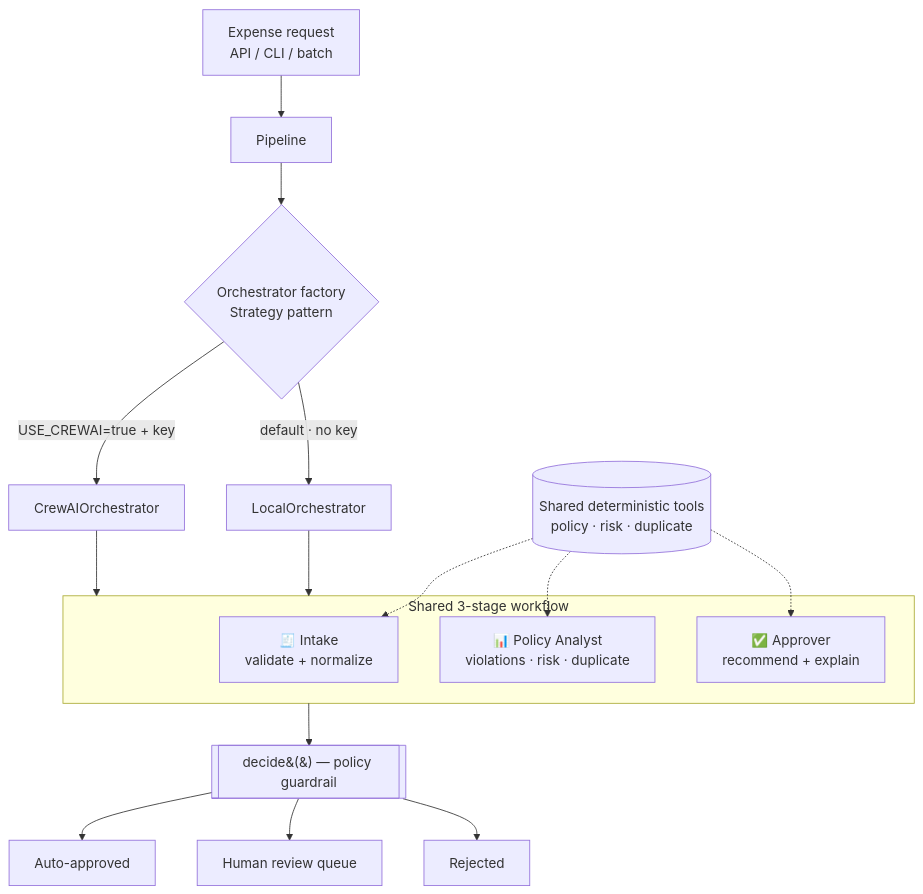
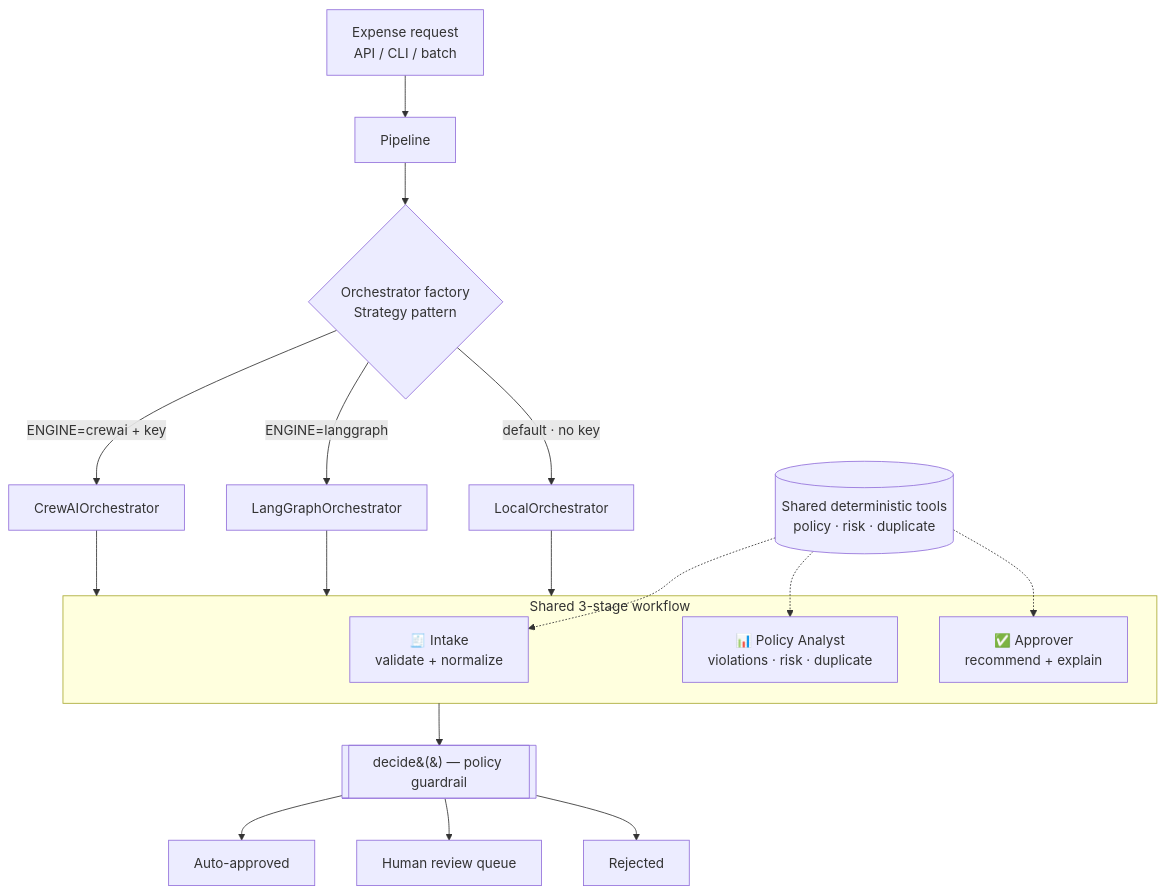
The diagram in README.md (furqunali/agentic-finance-crew), drawn with Mermaid before and after one commit. The commit also changed other lines of this file and 7 other files, not shown here.

First line of the commit message:
feat: add LangGraph engine as a third interchangeable orchestrator

````diff
--- a/README.md
+++ b/README.md
@@ -34,22 +35,24 @@
 ```mermaid
 flowchart TD
     A[Expense request<br/>API / CLI / batch] --> P[Pipeline]
     P --> F{Orchestrator factory<br/>Strategy pattern}
-    F -->|USE_CREWAI=true + key| C[CrewAIOrchestrator]
+    F -->|ENGINE=crewai + key| C[CrewAIOrchestrator]
+    F -->|ENGINE=langgraph| LG[LangGraphOrchestrator]
     F -->|default · no key| L[LocalOrchestrator]
 
     subgraph Crew["Shared 3-stage workflow"]
       S1[🧾 Intake<br/>validate + normalize]
       S2[📊 Policy Analyst<br/>violations · risk · duplicate]
       S3[✅ Approver<br/>recommend + explain]
     end
 
     C --> Crew
+    LG --> Crew
     L --> Crew
     Crew --> G[[decide&#40;&#41; — policy guardrail]]
     G --> R1[Auto-approved]
     G --> R2[Human review queue]
     G --> R3[Rejected]
 
     T[(Shared deterministic tools<br/>policy · risk · duplicate)] -.-> S1 & S2 & S3
 ```
````
